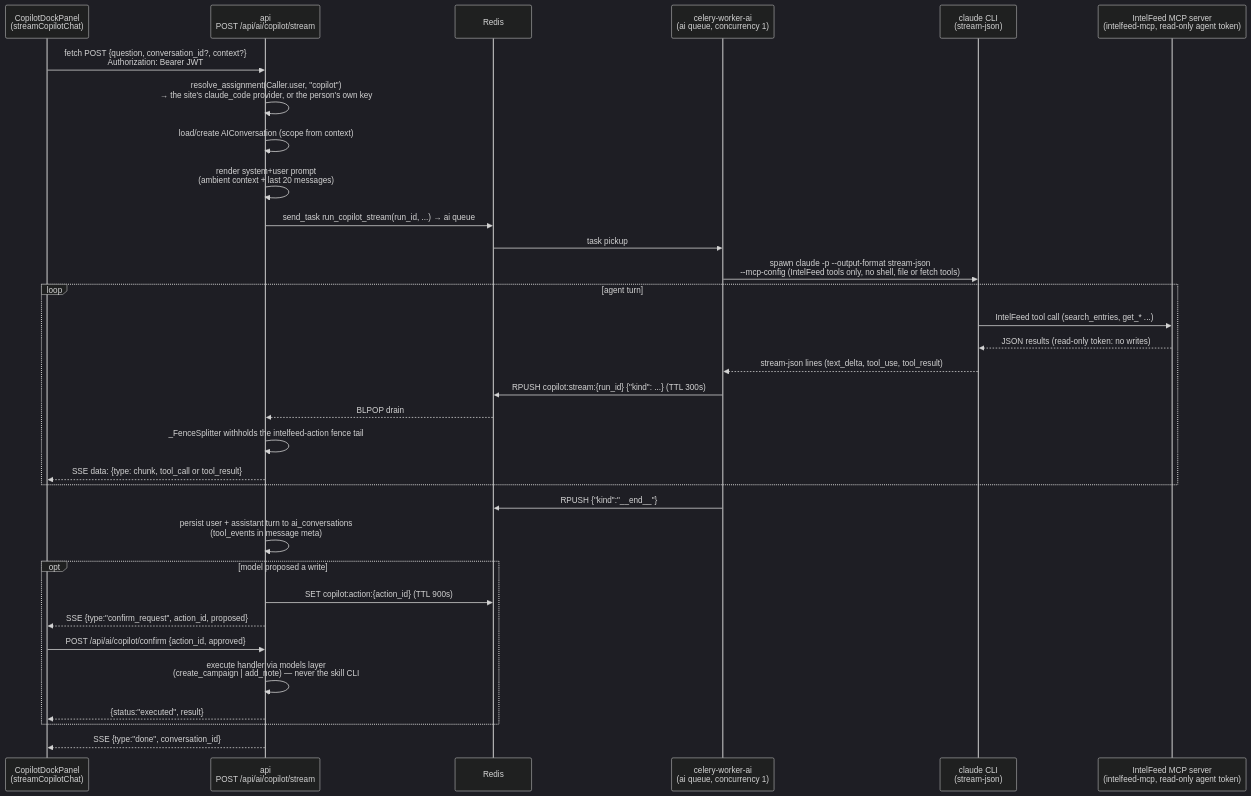
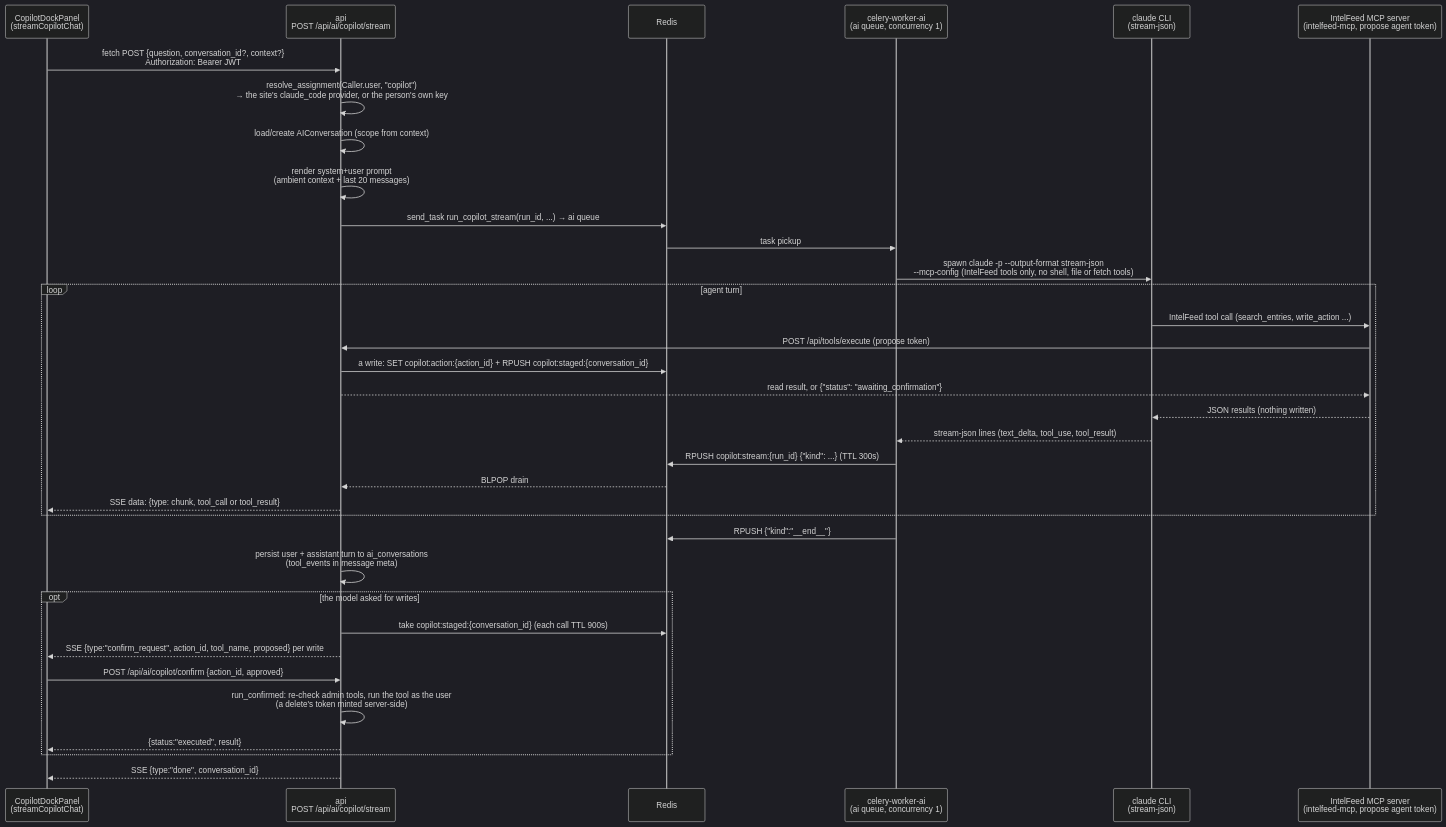
Before and after one commit to a-oneil/IntelFeed: the diagram in docs/diagrams/copilot-stream-flow.md, drawn with Mermaid (dark theme). The commit also changed other lines of this file and 59 other files, not shown here.

First line of the commit message:
Copilot: IntelFeed tools on every provider, writes confirmed by the user (#137) (#195)

````diff
--- a/docs/diagrams/copilot-stream-flow.md
+++ b/docs/diagrams/copilot-stream-flow.md
@@ -5,36 +5,38 @@
 ```mermaid
 sequenceDiagram
     participant UI as CopilotDockPanel<br/>(streamCopilotChat)
     participant API as api<br/>POST /api/ai/copilot/stream
     participant Q as Redis
     participant W as celery-worker-ai<br/>(ai queue, concurrency 1)
     participant CLI as claude CLI<br/>(stream-json)
-    participant SK as IntelFeed MCP server<br/>(intelfeed-mcp, read-only agent token)
+    participant SK as IntelFeed MCP server<br/>(intelfeed-mcp, propose agent token)
 
     UI->>API: fetch POST {question, conversation_id?, context?}<br/>Authorization: Bearer JWT
     API->>API: resolve_assignment(Caller.user, "copilot")<br/>→ the site's claude_code provider, or the person's own key
     API->>API: load/create AIConversation (scope from context)
     API->>API: render system+user prompt<br/>(ambient context + last 20 messages)
     API->>Q: send_task run_copilot_stream(run_id, ...) → ai queue
     Q->>W: task pickup
     W->>CLI: spawn claude -p --output-format stream-json<br/>--mcp-config (IntelFeed tools only, no shell, file or fetch tools)
     loop agent turn
-        CLI->>SK: IntelFeed tool call (search_entries, get_* ...)
-        SK-->>CLI: JSON results (read-only token: no writes)
+        CLI->>SK: IntelFeed tool call (search_entries, write_action ...)
+        SK->>API: POST /api/tools/execute (propose token)
+        API->>Q: a write: SET copilot:action:{action_id} + RPUSH copilot:staged:{conversation_id}
+        API-->>SK: read result, or {"status": "awaiting_confirmation"}
+        SK-->>CLI: JSON results (nothing written)
         CLI-->>W: stream-json lines (text_delta, tool_use, tool_result)
         W->>Q: RPUSH copilot:stream:{run_id} {"kind": ...} (TTL 300s)
         Q-->>API: BLPOP drain
-        API->>API: _FenceSplitter withholds the intelfeed-action fence tail
         API-->>UI: SSE data: {type: chunk, tool_call or tool_result}
     end
     W->>Q: RPUSH {"kind":"__end__"}
     API->>API: persist user + assistant turn to ai_conversations<br/>(tool_events in message meta)
-    opt model proposed a write
-        API->>Q: SET copilot:action:{action_id} (TTL 900s)
-        API-->>UI: SSE {type:"confirm_request", action_id, proposed}
+    opt the model asked for writes
+        API->>Q: take copilot:staged:{conversation_id} (each call TTL 900s)
+        API-->>UI: SSE {type:"confirm_request", action_id, tool_name, proposed} per write
         UI->>API: POST /api/ai/copilot/confirm {action_id, approved}
-        API->>API: execute handler via models layer<br/>(create_campaign | add_note) — never the skill CLI
+        API->>API: run_confirmed: re-check admin tools, run the tool as the user<br/>(a delete's token minted server-side)
         API-->>UI: {status:"executed", result}
     end
     API-->>UI: SSE {type:"done", conversation_id}
 ```
````
